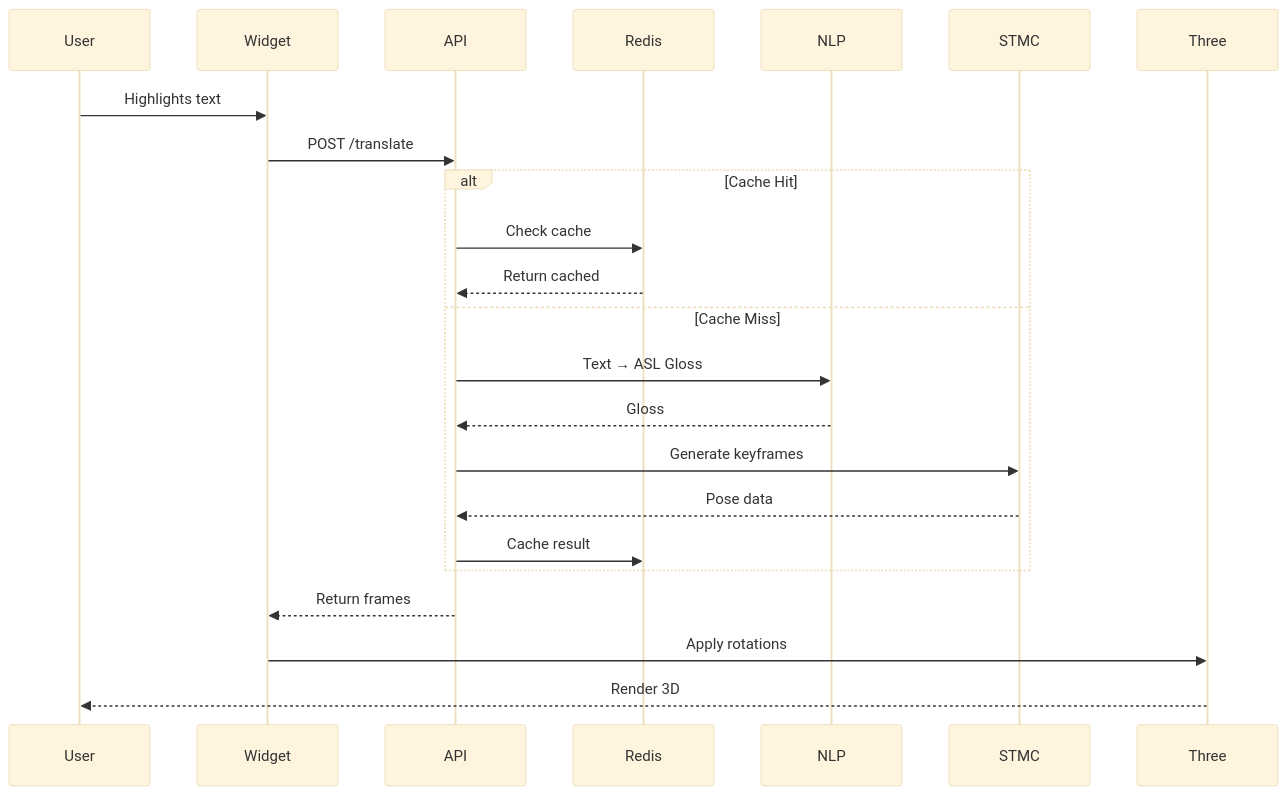
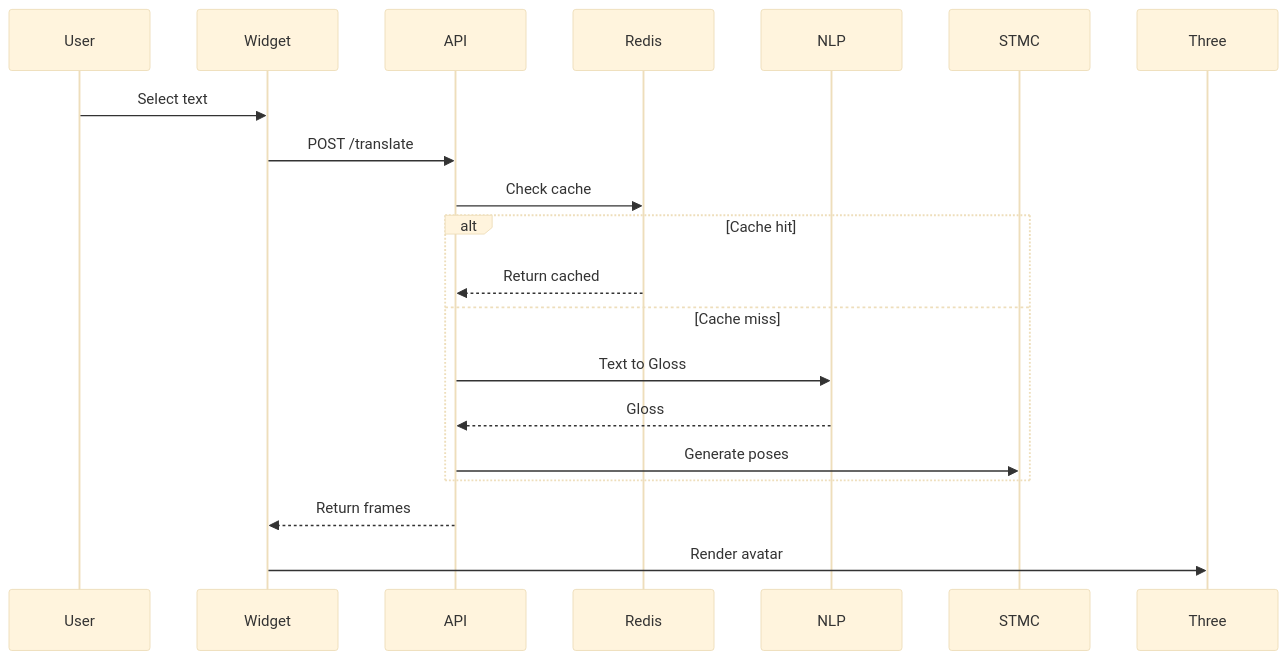
One commit to arananet/SignFlow changed the second of 2 diagrams in README.md. Above: the diagram before and after it, drawn with Mermaid (base theme). The commit also changed other lines of this file, not shown here.

Commit message:
Simplify mermaid diagrams for GitHub

````diff
--- a/README.md
+++ b/README.md
@@ -104,28 +81,15 @@
 ```mermaid
 sequenceDiagram
-    participant User
-    participant Widget
-    participant API
-    participant Redis
-    participant NLP
-    participant STMC
-    participant Three
-
-    User->>Widget: Highlights text
+    User->>Widget: Select text
     Widget->>API: POST /translate
-    
-    alt Cache Hit
-        API->>Redis: Check cache
+    API->>Redis: Check cache
+    alt Cache hit
         Redis-->>API: Return cached
-    else Cache Miss
-        API->>NLP: Text → ASL Gloss
+    else Cache miss
+        API->>NLP: Text to Gloss
         NLP-->>API: Gloss
-        API->>STMC: Generate keyframes
-        STMC-->>API: Pose data
-        API->>Redis: Cache result
+        API->>STMC: Generate poses
     end
-    
     API-->>Widget: Return frames
-    Widget->>Three: Apply rotations
-    Three-->>User: Render 3D
+    Widget->>Three: Render avatar
 ```
````
